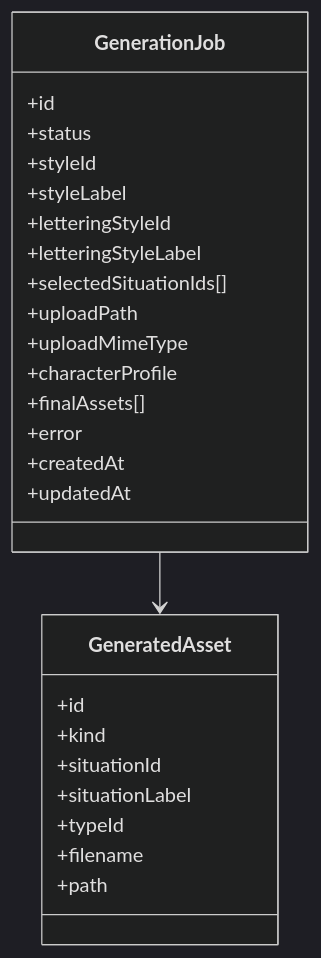
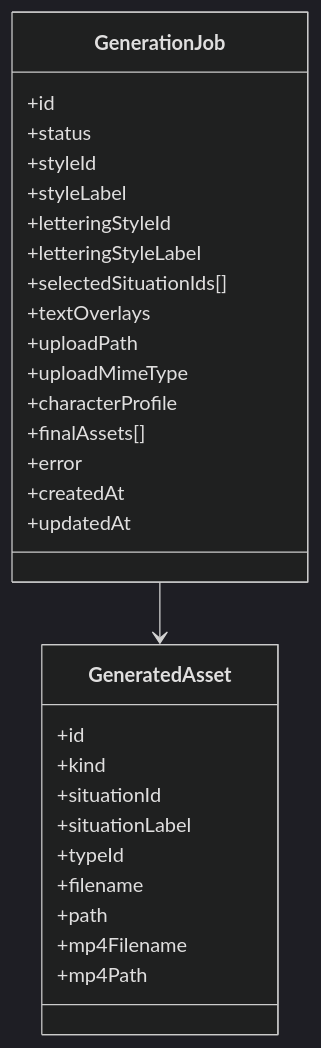
The second of 3 diagrams in docs/design.md (YOUNGDAE-PARK/imoji), drawn with Mermaid (dark theme) before and after one commit. The commit also changed other lines of this file and 19 other files, not shown here.

````diff
--- a/docs/design.md
+++ b/docs/design.md
@@ -84,31 +93,34 @@
 ```mermaid
 classDiagram
     class GenerationJob {
       +id
       +status
       +styleId
       +styleLabel
       +letteringStyleId
       +letteringStyleLabel
       +selectedSituationIds[]
+      +textOverlays
       +uploadPath
       +uploadMimeType
       +characterProfile
       +finalAssets[]
       +error
       +createdAt
       +updatedAt
     }
 
     class GeneratedAsset {
       +id
       +kind
       +situationId
       +situationLabel
       +typeId
       +filename
       +path
+      +mp4Filename
+      +mp4Path
     }
 
     GenerationJob --> GeneratedAsset
 ```
````
